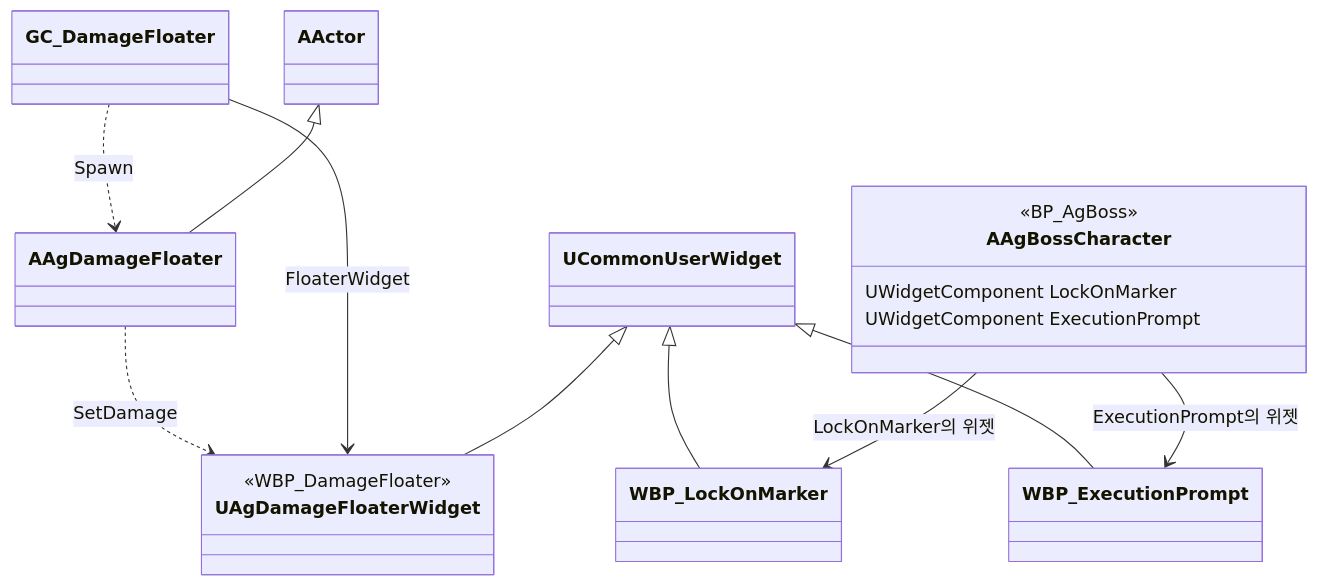
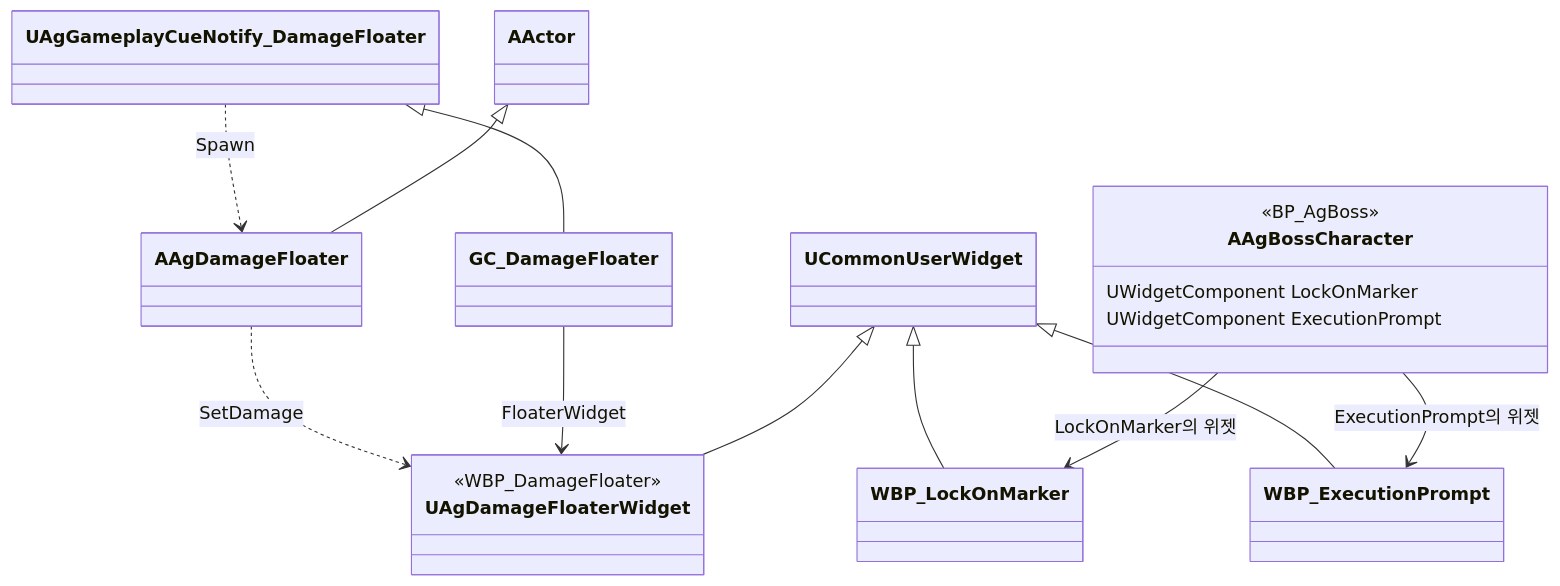
One commit to Woogl/Ag changed the fourth of 4 diagrams in Docs/Program/카메라, HUD, 화면 UI, 게임 플로우.md. Above: the diagram before and after it, drawn with Mermaid. The commit also changed other lines of this file and 146 other files, not shown here.

````diff
--- a/Docs/Program/카메라, HUD, 화면 UI, 게임 플로우.md
+++ b/Docs/Program/카메라, HUD, 화면 UI, 게임 플로우.md
@@ -131,21 +131,22 @@
 ```mermaid
 classDiagram
     direction TB
     class AAgBossCharacter {
         <<BP_AgBoss>>
         UWidgetComponent LockOnMarker
         UWidgetComponent ExecutionPrompt
     }
     class UAgDamageFloaterWidget {
         <<WBP_DamageFloater>>
     }
-    GC_DamageFloater ..> AAgDamageFloater : Spawn
+    UAgGameplayCueNotify_DamageFloater <|-- GC_DamageFloater
+    UAgGameplayCueNotify_DamageFloater ..> AAgDamageFloater : Spawn
     AActor <|-- AAgDamageFloater
     AAgDamageFloater ..> UAgDamageFloaterWidget : SetDamage
     GC_DamageFloater --> UAgDamageFloaterWidget : FloaterWidget
     UCommonUserWidget <|-- UAgDamageFloaterWidget
     UCommonUserWidget <|-- WBP_LockOnMarker
     UCommonUserWidget <|-- WBP_ExecutionPrompt
     AAgBossCharacter --> WBP_LockOnMarker : LockOnMarker의 위젯
     AAgBossCharacter --> WBP_ExecutionPrompt : ExecutionPrompt의 위젯
 ```
````
